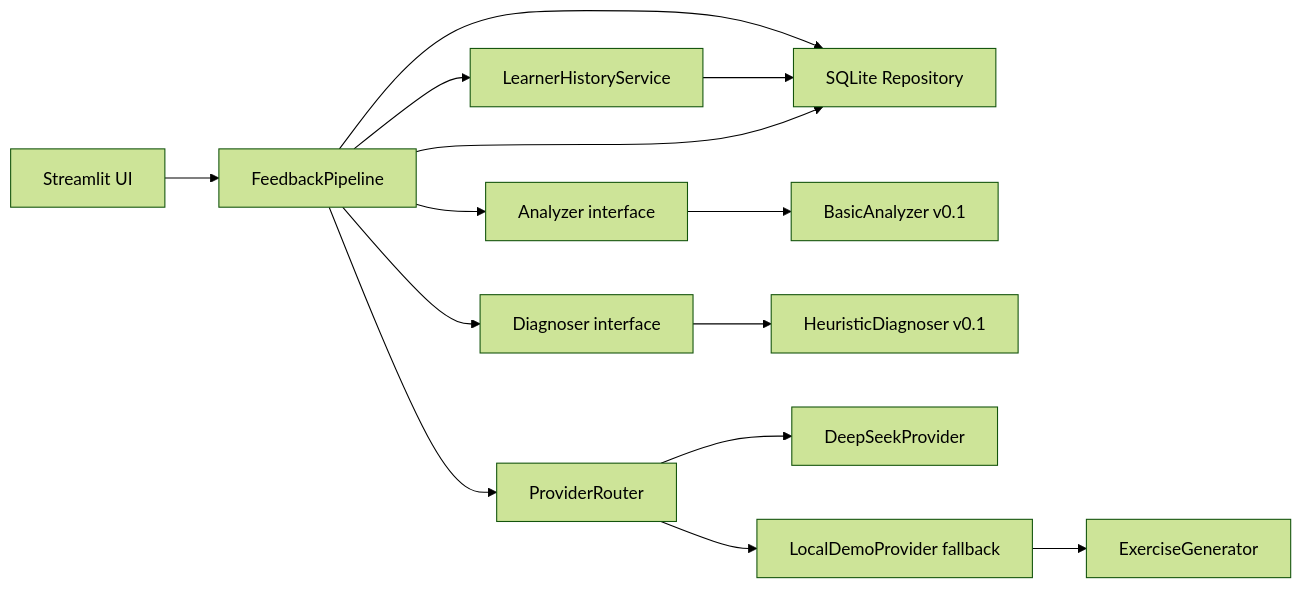
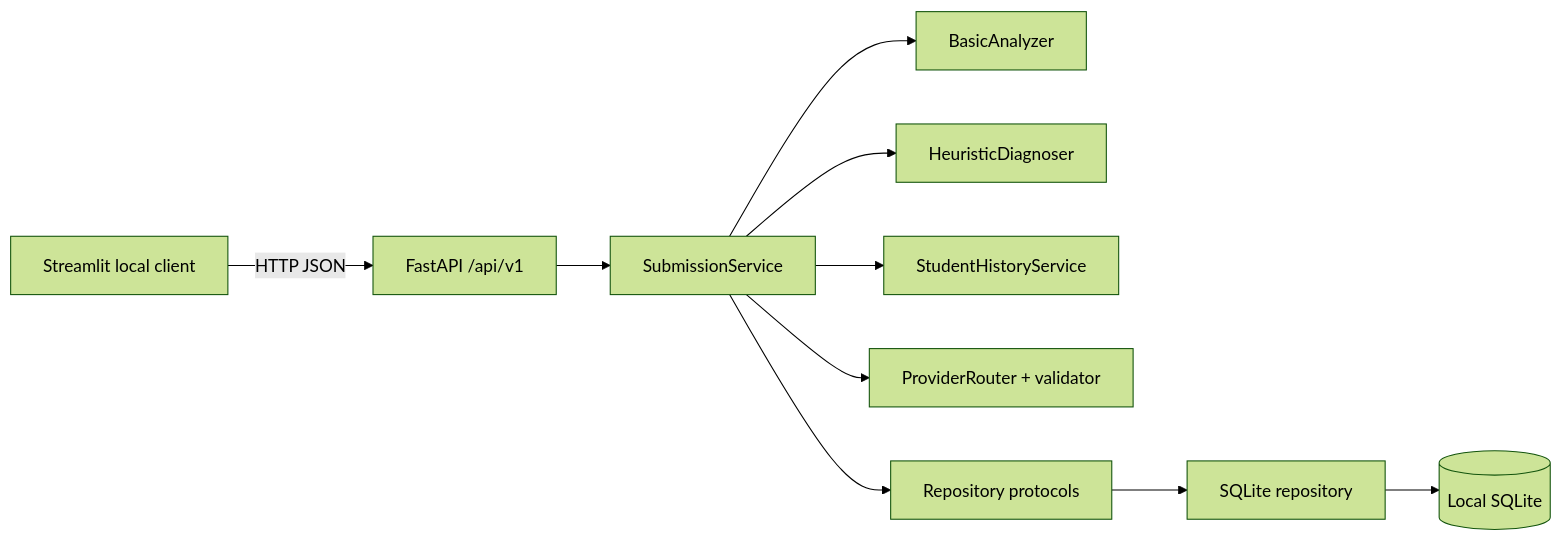
The diagram in docs/ARCHITECTURE.md (RUCbookshelf/EAP-Agent-Project), drawn with Mermaid (forest theme) before and after one commit. The commit also changed other lines of this file and 46 other files, not shown here.

Commit message:
feat(v0.2): add local API-first cloud-ready architecture

````diff
--- a/docs/ARCHITECTURE.md
+++ b/docs/ARCHITECTURE.md
@@ -7,16 +5,12 @@
 ```mermaid
 flowchart LR
-    UI["Streamlit UI"] --> P["FeedbackPipeline"]
-    P --> DB["SQLite Repository"]
-    P --> A["Analyzer interface"]
-    A --> BA["BasicAnalyzer v0.1"]
-    P --> D["Diagnoser interface"]
-    D --> HD["HeuristicDiagnoser v0.1"]
-    P --> H["LearnerHistoryService"]
-    H --> DB
-    P --> R["ProviderRouter"]
-    R --> DS["DeepSeekProvider"]
-    R --> LD["LocalDemoProvider fallback"]
-    LD --> E["ExerciseGenerator"]
-    P --> DB
+    UI["Streamlit local client"] -->|HTTP JSON| API["FastAPI /api/v1"]
+    API --> SVC["SubmissionService"]
+    SVC --> ANA["BasicAnalyzer"]
+    SVC --> DIA["HeuristicDiagnoser"]
+    SVC --> HIST["StudentHistoryService"]
+    SVC --> ROUTER["ProviderRouter + validator"]
+    SVC --> PROTO["Repository protocols"]
+    PROTO --> SQLITE["SQLite repository"]
+    SQLITE --> DB[("Local SQLite")]
 ```
````
